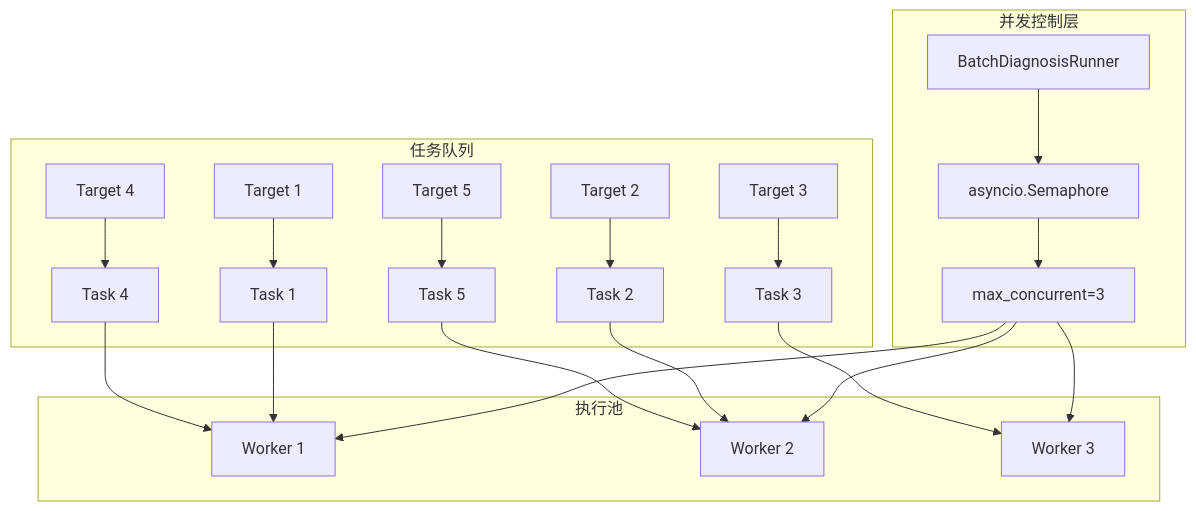
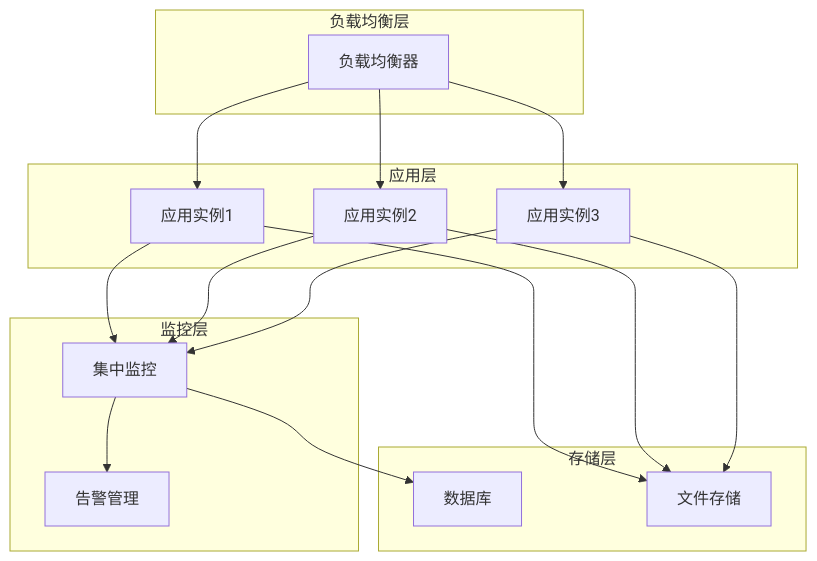
One commit to Matthewyin/probing changed the seventh of 7 diagrams in network-diagnosis/doc/ARCHITECTURE.md. Above: the diagram before and after it, drawn with Mermaid. The commit also changed other lines of this file and 7 other files, not shown here.

````diff
--- a/network-diagnosis/doc/ARCHITECTURE.md
+++ b/network-diagnosis/doc/ARCHITECTURE.md
@@ -1064,31 +453,36 @@
 ```mermaid
-graph TD
-    subgraph "并发控制层"
-        A[BatchDiagnosisRunner] --> B[asyncio.Semaphore]
-        B --> C[max_concurrent=3]
+graph TB
+    subgraph "负载均衡层"
+        LB[负载均衡器]
     end
-
-    subgraph "任务队列"
-        D[Target 1] --> E[Task 1]
-        F[Target 2] --> G[Task 2]
-        H[Target 3] --> I[Task 3]
-        J[Target 4] --> K[Task 4]
-        L[Target 5] --> M[Task 5]
+    
+    subgraph "应用层"
+        App1[应用实例1]
+        App2[应用实例2]
+        App3[应用实例3]
     end
-
-    subgraph "执行池"
-        N[Worker 1]
-        O[Worker 2]
-        P[Worker 3]
+    
+    subgraph "监控层"
+        Monitor[集中监控]
+        AlertManager[告警管理]
     end
-
-    C --> N
-    C --> O
-    C --> P
-
-    E --> N
-    G --> O
-    I --> P
-    K --> N
-    M --> O
+    
+    subgraph "存储层"
+        DB[数据库]
+        FileStorage[文件存储]
+    end
+    
+    LB --> App1
+    LB --> App2
+    LB --> App3
+    
+    App1 --> Monitor
+    App2 --> Monitor
+    App3 --> Monitor
+    
+    Monitor --> AlertManager
+    Monitor --> DB
+    App1 --> FileStorage
+    App2 --> FileStorage
+    App3 --> FileStorage
 ```
````
